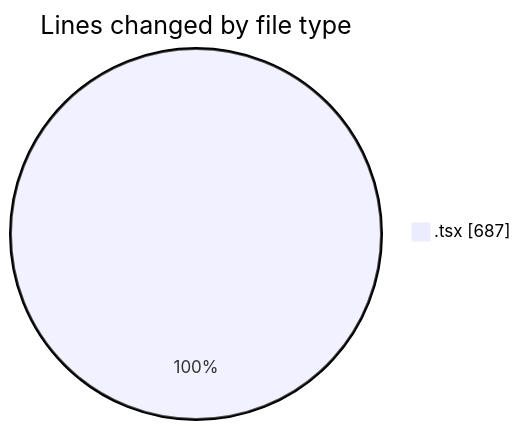
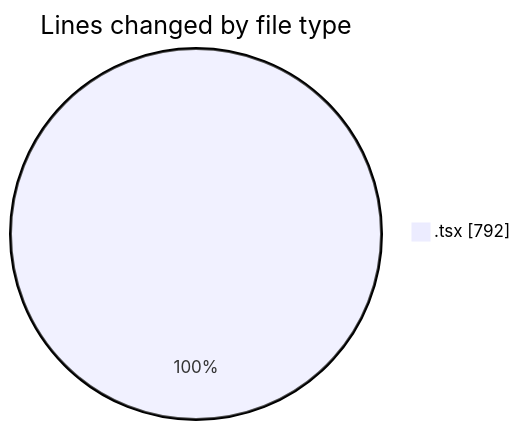
One commit to momahboobian/code-tracking changed the first of 2 diagrams in 2025-02-12/cda/README.md. Above: the diagram before and after it, drawn with Mermaid. The commit also changed other lines of this file and 1 other file, not shown here.

````diff
--- a/2025-02-12/cda/README.md
+++ b/2025-02-12/cda/README.md
@@ -21,5 +21,5 @@
 ```mermaid
 pie showData
 title Lines changed by file type
-".tsx" : 687
+".tsx" : 792
 ```
````
